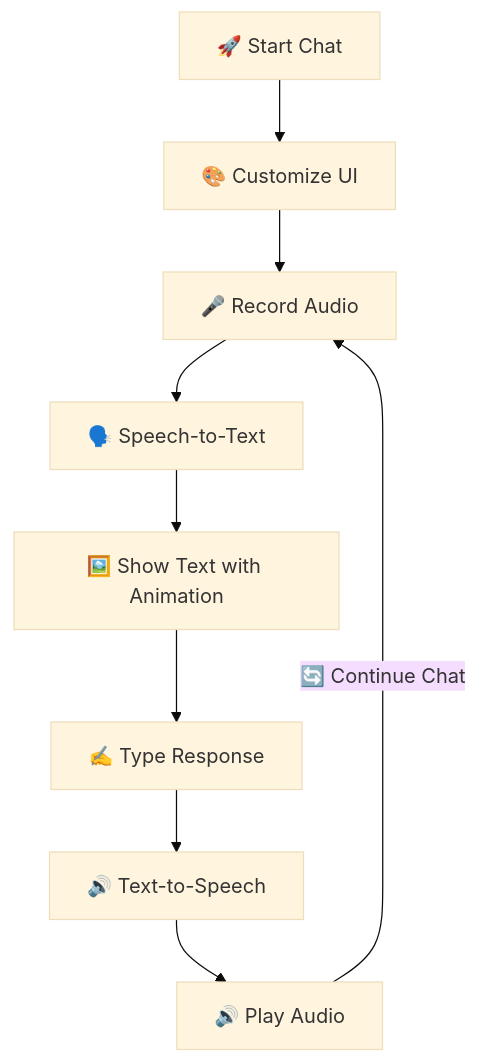
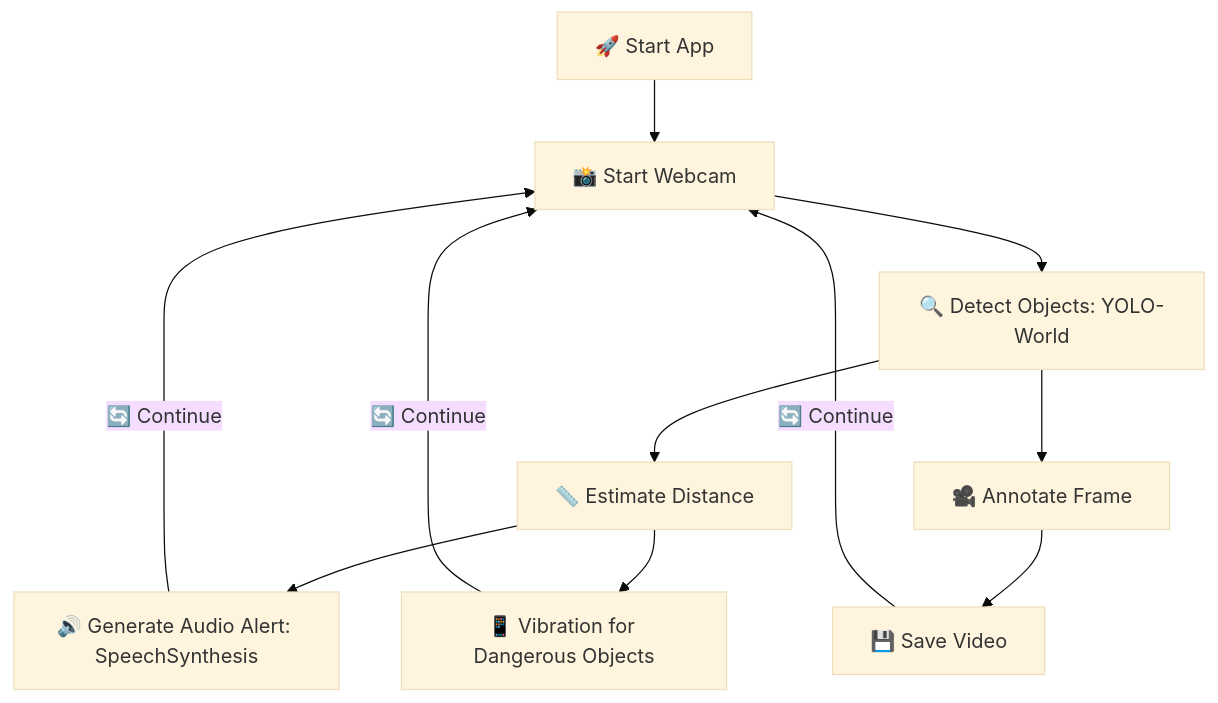
One commit to Parham-Dehghan/ai-eyes-for-the-blind changed the third of 4 diagrams in README.md. Above: the diagram before and after it, drawn with Mermaid (base theme). The commit also changed other lines of this file, not shown here.

````diff
--- a/README.md
+++ b/README.md
@@ -74,11 +131,11 @@
 ```mermaid
-flowchart TD
-    Start[🚀 Start Chat] --> Config[🎨 Customize UI]
-    Config --> Mic[🎤 Record Audio]
-    Mic --> ASR[🗣️ Speech-to-Text]
-    ASR --> Display[🖼️ Show Text with Animation]
-    Display --> Type[✍️ Type Response]
-    Type --> TTS[🔊 Text-to-Speech]
-    TTS --> Speaker[🔊 Play Audio]
-    Speaker -->|🔄 Continue Chat| Mic
+graph TD
+    A[🚀 Start App] --> B[📸 Start Webcam]
+    B --> C[🔍 Detect Objects: YOLO-World]
+    C --> D[📏 Estimate Distance]
+    C --> E[🎥 Annotate Frame]
+    D --> F[🔊 Generate Audio Alert: SpeechSynthesis]
+    D --> G[📱 Vibration for Dangerous Objects]
+    E --> H[💾 Save Video]
+    F & G & H -->|🔄 Continue| B
 ```
````
